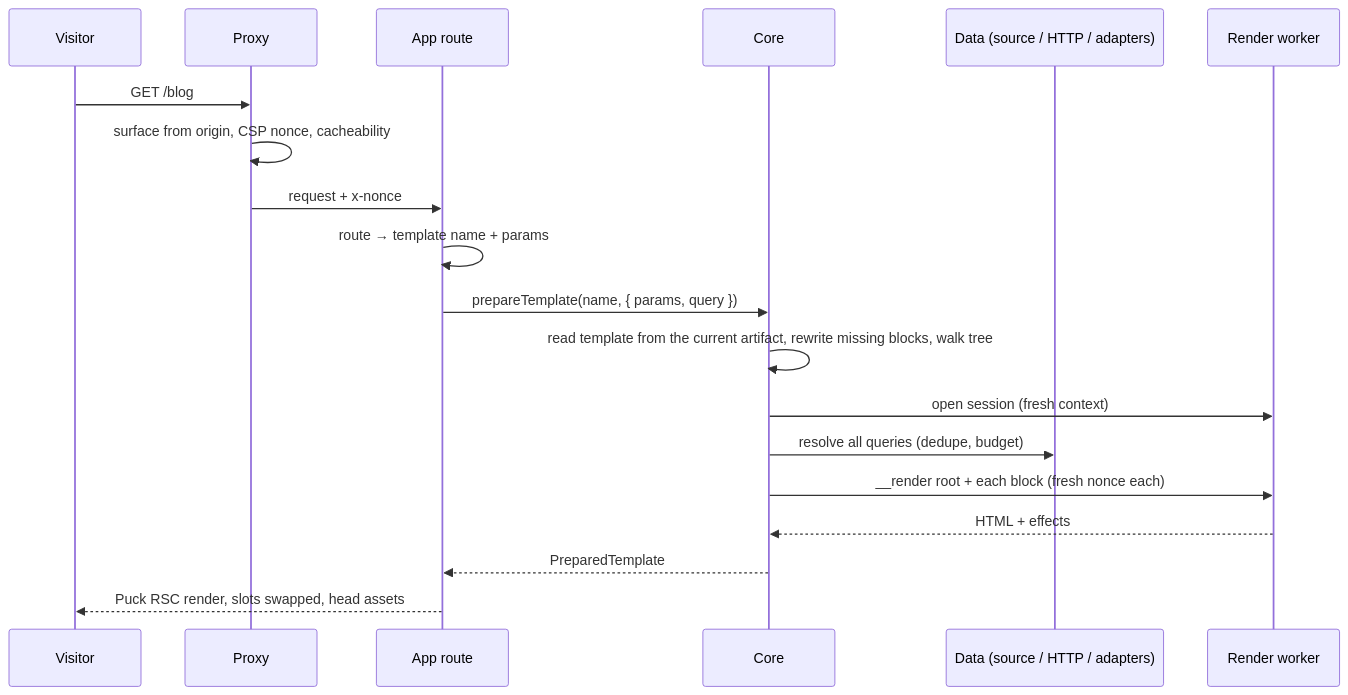
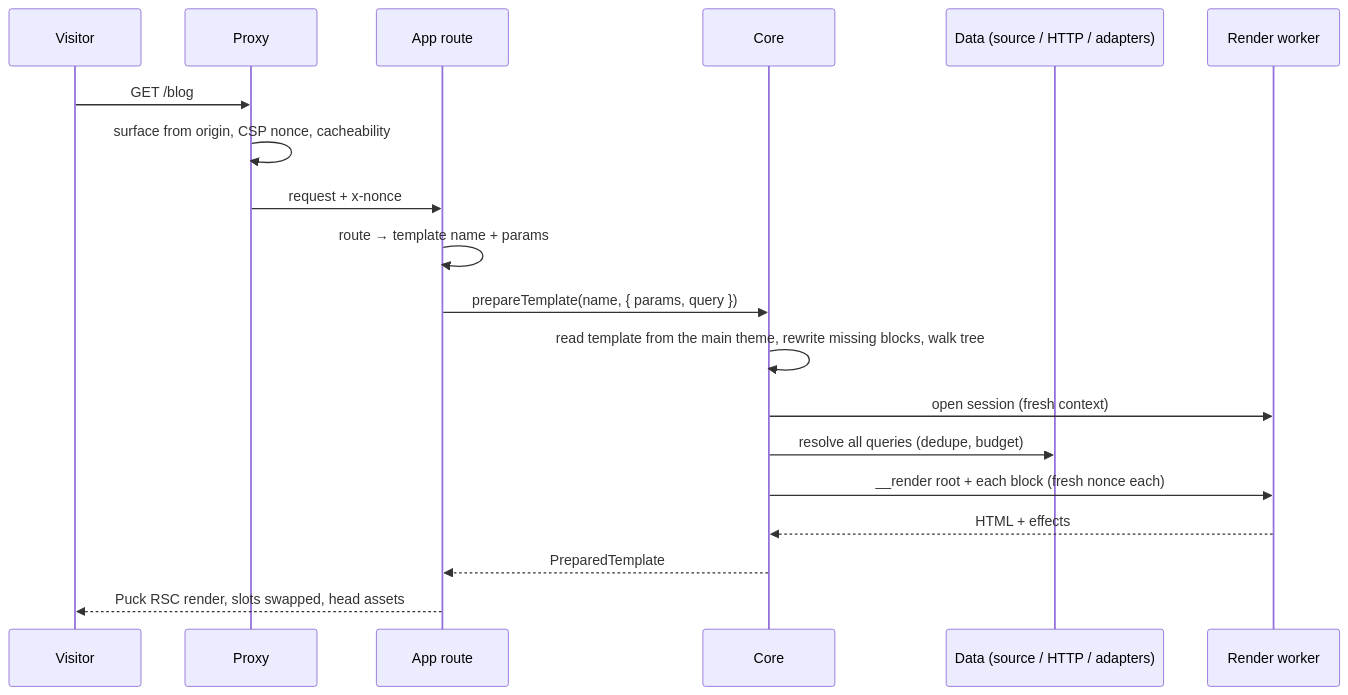
Before and after one commit to 0ctanium/puckremote: the diagram in apps/docs/content/docs/internal/architecture/public-request.mdx, drawn with Mermaid. The commit also changed other lines of this file and 117 other files, not shown here.

````diff
--- a/apps/docs/content/docs/internal/architecture/public-request.mdx
+++ b/apps/docs/content/docs/internal/architecture/public-request.mdx
@@ -6,21 +6,21 @@
 ```mermaid
 sequenceDiagram
   participant V as Visitor
   participant P as Proxy
   participant R as App route
   participant C as Core
   participant D as Data (source / HTTP / adapters)
   participant W as Render worker
   V->>P: GET /blog
   P->>P: surface from origin, CSP nonce, cacheability
   P->>R: request + x-nonce
   R->>R: route → template name + params
   R->>C: prepareTemplate(name, { params, query })
-  C->>C: read template from the current artifact, rewrite missing blocks, walk tree
+  C->>C: read template from the main theme, rewrite missing blocks, walk tree
   C->>W: open session (fresh context)
   C->>D: resolve all queries (dedupe, budget)
   C->>W: __render root + each block (fresh nonce each)
   W-->>C: HTML + effects
   C-->>R: PreparedTemplate
   R-->>V: Puck RSC render, slots swapped, head assets
 ```
````
